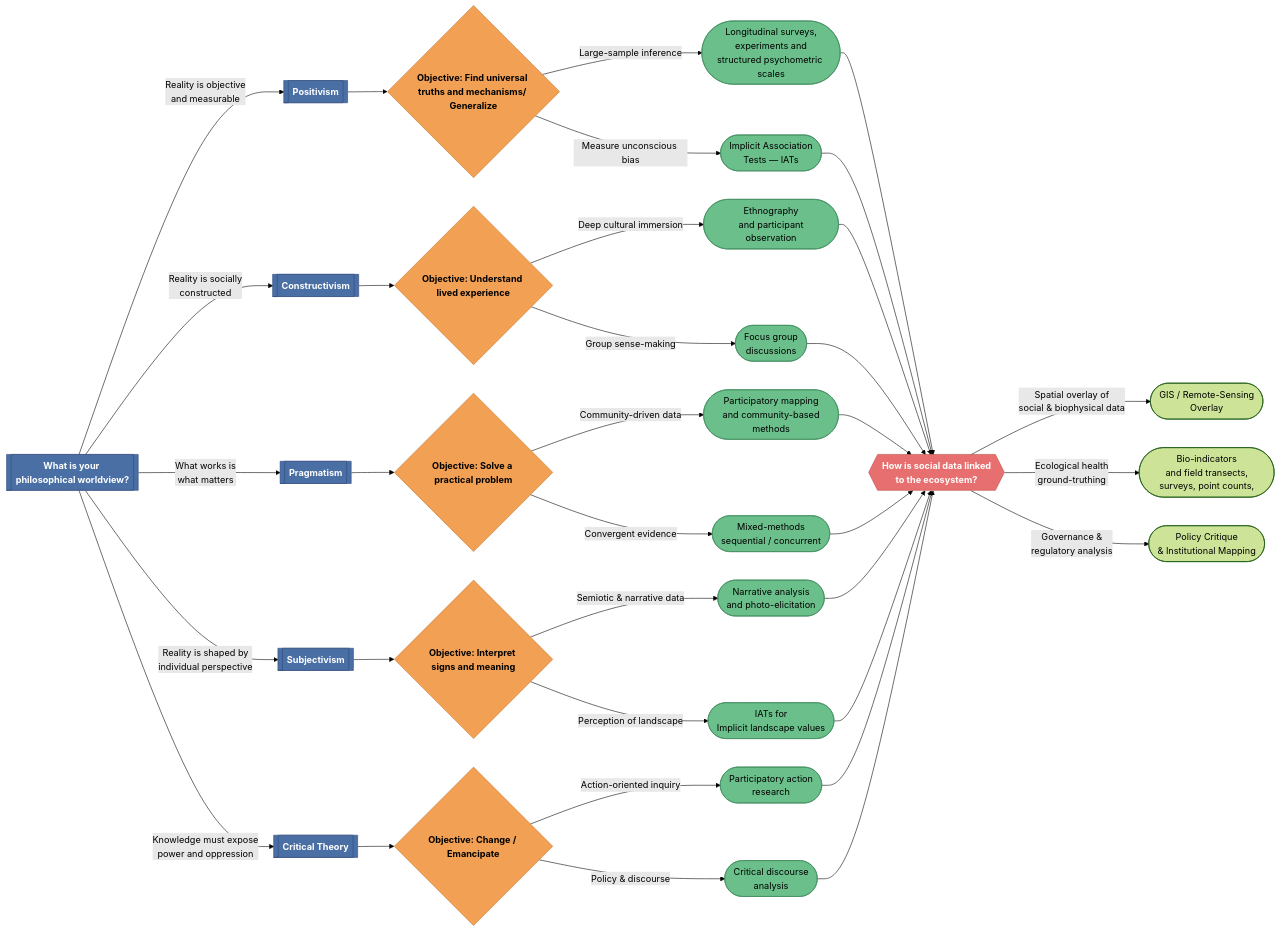
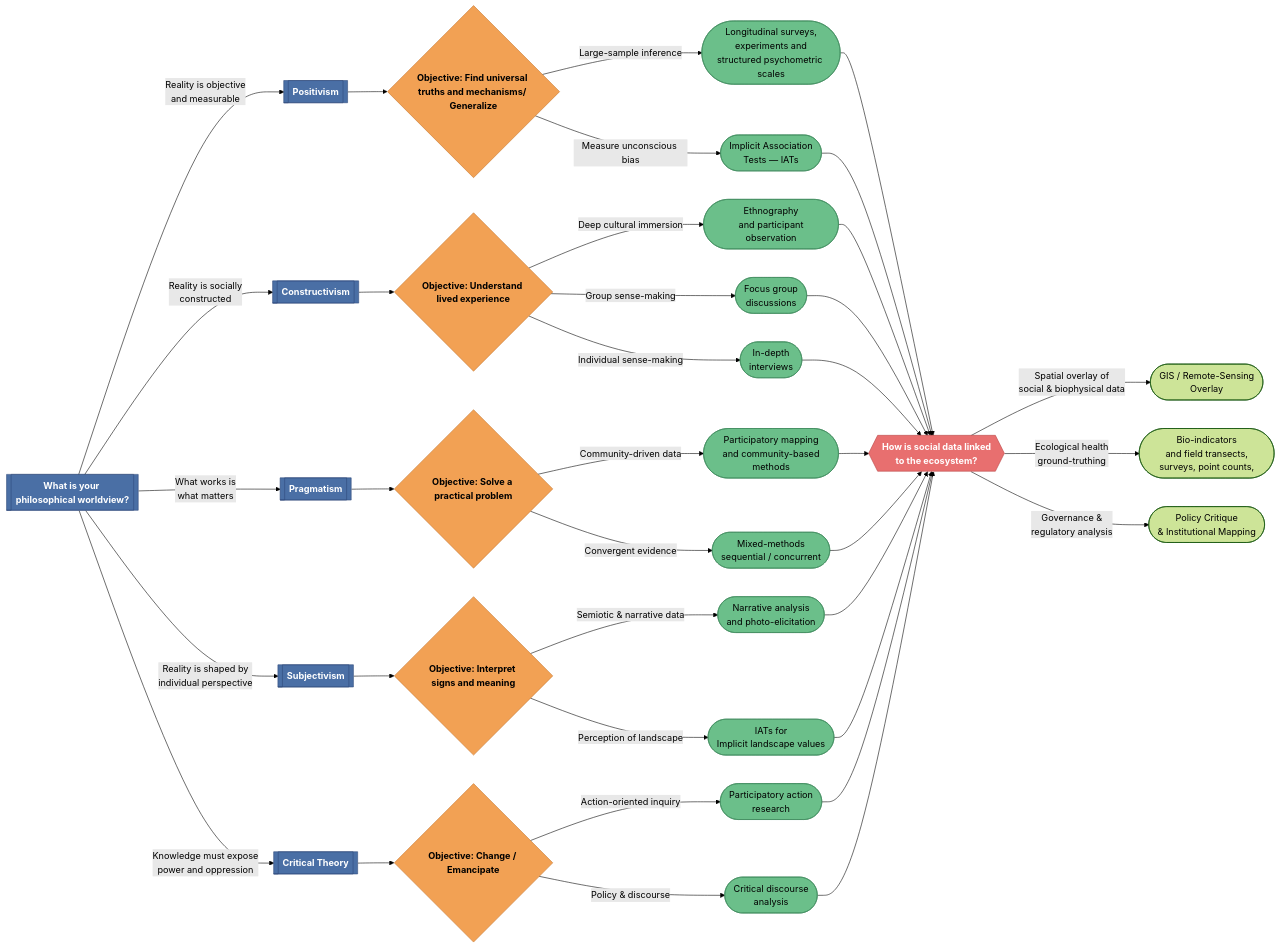
One commit to Echeverri-Lab/Survey_methods changed the diagram in Step_01_Epistemological_Alignment_and_Method_Selection/decision_tree_source.md. Above: the diagram before and after it, drawn with Mermaid (forest theme). The commit also changed 13 other files, not shown here.

````diff
--- a/Step_01_Epistemological_Alignment_and_Method_Selection/decision_tree_source.md
+++ b/Step_01_Epistemological_Alignment_and_Method_Selection/decision_tree_source.md
@@ -10,68 +10,71 @@
 ```mermaid
 flowchart LR
 
     EP[["What is your philosophical worldview?"]] -- Reality is objective<br>and measurable --> POS[["Positivism"]]
     EP -- Reality is socially<br>constructed --> CON[["Constructivism"]]
     EP -- What works is<br>what matters --> PRA[["Pragmatism"]]
     EP -- Reality is shaped by<br>individual perspective --> SUB[["Subjectivism"]]
     EP -- Knowledge must expose<br>power and oppression --> CRT[["Critical Theory"]]
     POS --> OBJ_GEN{"Objective: Find universal truths and mechanisms/ Generalize"}
     CON --> OBJ_UND{"Objective: Understand lived experience"}
     PRA --> OBJ_SOL{"Objective: Solve a practical problem"}
     SUB --> OBJ_INT{"Objective: Interpret signs and meaning"}
     CRT --> OBJ_CHG{"Objective: Change / Emancipate"}
     OBJ_GEN -- "Large-sample inference" --> M_SURV(["Longitudinal surveys,<br> experiments and structured psychometric scales"])
     OBJ_GEN -- Measure unconscious bias --> M_IAT(["Implicit Association<br>Tests — IATs"])
     OBJ_UND -- Deep cultural immersion --> M_ETHN(["Ethnography<br> and participant observation"])
     OBJ_UND -- "Group sense-making" --> M_FGD(["Focus group<br> discussions"])
+    OBJ_UND -- "Individual sense-making" --> M_INT(["In-depth<br>interviews"])
     OBJ_SOL -- "Community-driven data" --> M_PMAP(["Participatory mapping<br> and community-based methods"])
     OBJ_SOL -- Convergent evidence --> M_MIX(["Mixed-methods<br>sequential / concurrent"])
     OBJ_INT -- Semiotic & narrative data --> M_NARR(["Narrative analysis<br> and photo-elicitation"])
     OBJ_INT -- Perception of landscape --> M_IAT2(["IATs for<br>Implicit landscape values"])
     OBJ_CHG -- "Action-oriented inquiry" --> M_PAR(["Participatory action<br>research"])
     OBJ_CHG -- Policy & discourse --> M_CDA(["Critical discourse<br>analysis"])
     M_SURV --> BRIDGE{{"How is social data linked<br>to the ecosystem?"}}
     M_IAT --> BRIDGE
     M_ETHN --> BRIDGE
     M_FGD --> BRIDGE
+    M_INT --> BRIDGE
     M_PMAP --> BRIDGE
     M_MIX --> BRIDGE
     M_NARR --> BRIDGE
     M_IAT2 --> BRIDGE
     M_PAR --> BRIDGE
     M_CDA --> BRIDGE
     BRIDGE -- Spatial overlay of<br>social &amp; biophysical data --> ECO_GIS(["GIS / Remote-Sensing<br>Overlay"])
     BRIDGE -- "Ecological health<br>ground-truthing" --> ECO_BIO(["Bio-indicators<br> and field transects, surveys, point counts, "])
     BRIDGE -- Governance &amp;<br>regulatory analysis --> ECO_POL(["Policy Critique<br>&amp; Institutional Mapping"])
 
      EP:::paradigm
      POS:::paradigm
      CON:::paradigm
      PRA:::paradigm
      SUB:::paradigm
      CRT:::paradigm
      OBJ_GEN:::objective
      OBJ_UND:::objective
      OBJ_SOL:::objective
      OBJ_INT:::objective
      OBJ_CHG:::objective
      M_SURV:::method
      M_IAT:::method
      M_ETHN:::method
      M_FGD:::method
+     M_INT:::method
      M_PMAP:::method
      M_MIX:::method
      M_NARR:::method
      M_IAT2:::method
      M_PAR:::method
      M_CDA:::method
      BRIDGE:::bridge
      ECO_GIS:::eco
      ECO_BIO:::eco
      ECO_POL:::eco
     classDef paradigm fill:#4A6FA5,stroke:#2E4A7A,color:#FFF,font-weight:bold
     classDef objective fill:#F2A154,stroke:#C57830,color:#000,font-weight:bold
     classDef method fill:#6BBF8A,stroke:#3E8A5C,color:#000
     classDef bridge fill:#E86F6F,stroke:#B84545,color:#FFF,font-weight:bold
     classDef echo fill:#9EC5E8,stroke:#5A8DB8,color:#000
 ```
````
